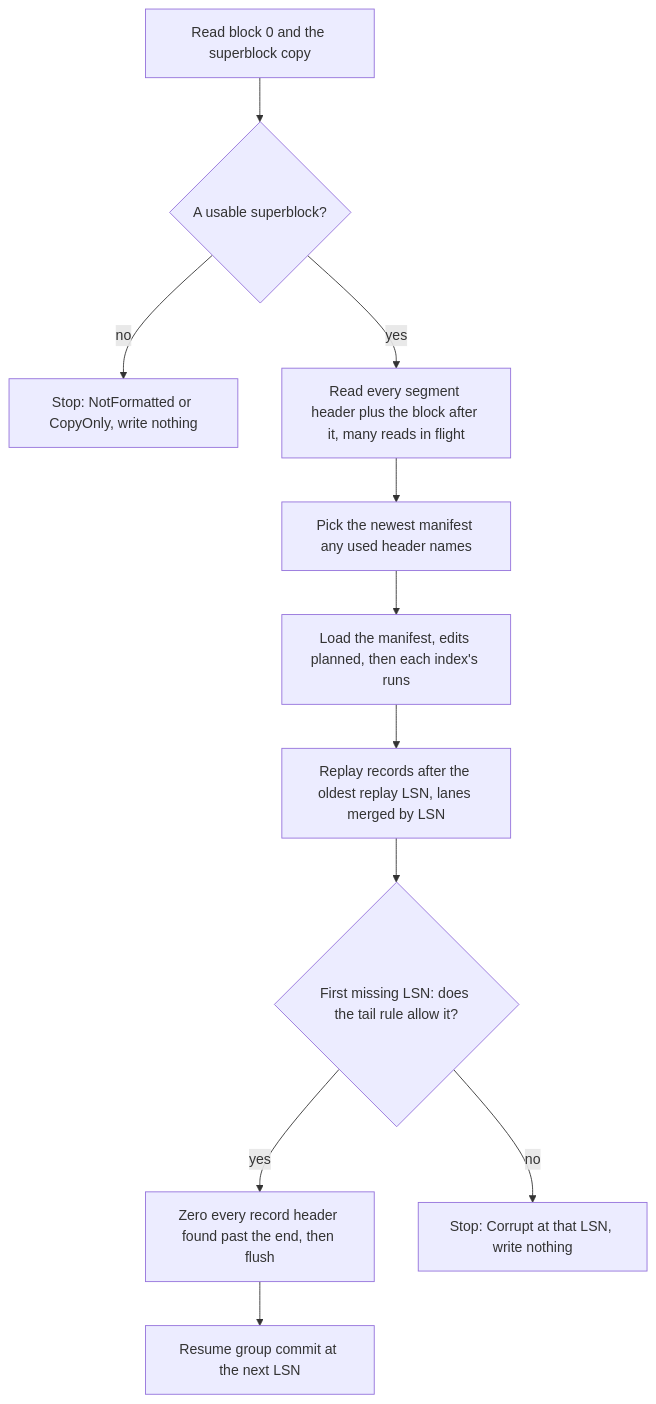
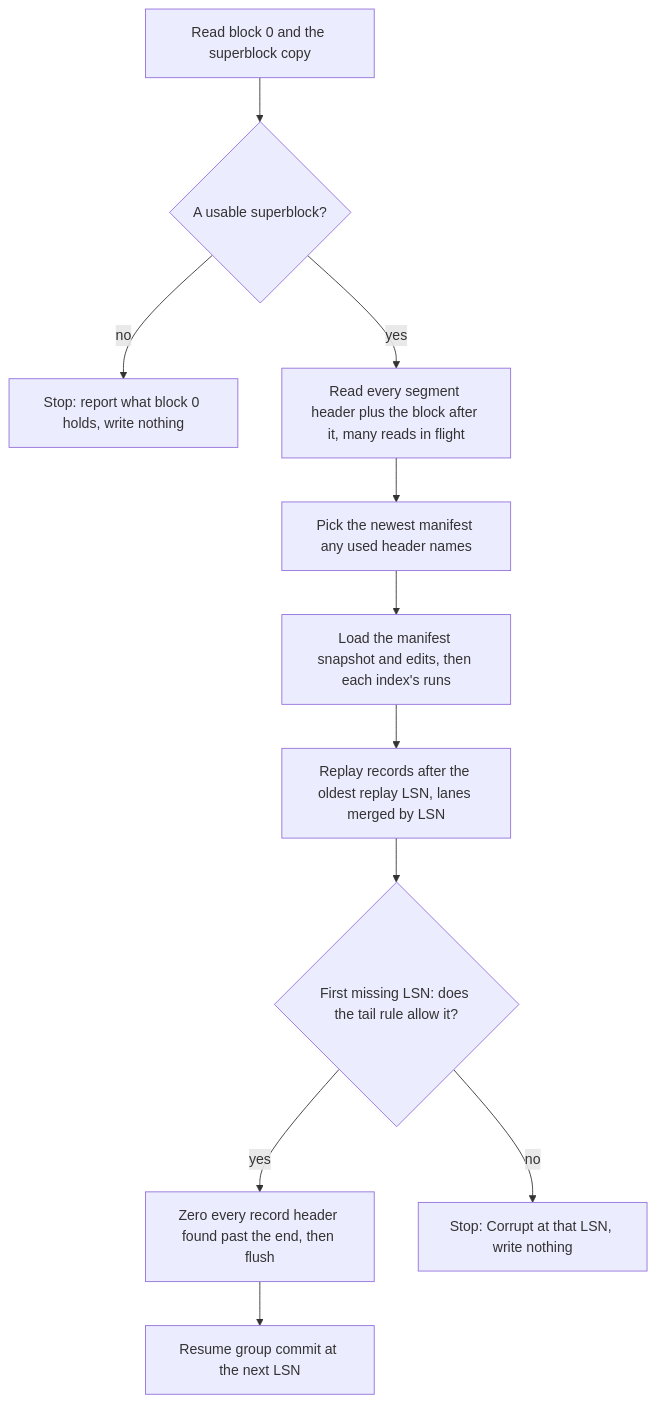
Before and after one commit to nvcnvn/rock-solid: the second of 2 diagrams in blogs/04-one-log-per-disk.md, drawn with Mermaid. The commit also changed other lines of this file, not shown here.

First line of the commit message:
blogs/04: tell the current record entries, slots, durable LSN and manifest edits as built

````diff
--- a/blogs/04-one-log-per-disk.md
+++ b/blogs/04-one-log-per-disk.md
@@ -656,13 +554,13 @@
 ```mermaid
 flowchart TD
     A["Read block 0 and the superblock copy"] --> B{"A usable superblock?"}
-    B -- "no" --> X["Stop: NotFormatted or CopyOnly, write nothing"]
+    B -- "no" --> X["Stop: report what block 0 holds, write nothing"]
     B -- "yes" --> C["Read every segment header plus the block after it, many reads in flight"]
     C --> D["Pick the newest manifest any used header names"]
-    D --> E["Load the manifest, edits planned, then each index's runs"]
+    D --> E["Load the manifest snapshot and edits, then each index's runs"]
     E --> F["Replay records after the oldest replay LSN, lanes merged by LSN"]
     F --> G{"First missing LSN: does the tail rule allow it?"}
     G -- "yes" --> H["Zero every record header found past the end, then flush"]
     G -- "no" --> Y["Stop: Corrupt at that LSN, write nothing"]
     H --> I["Resume group commit at the next LSN"]
 ```
````
